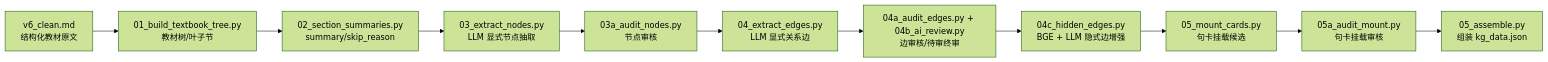
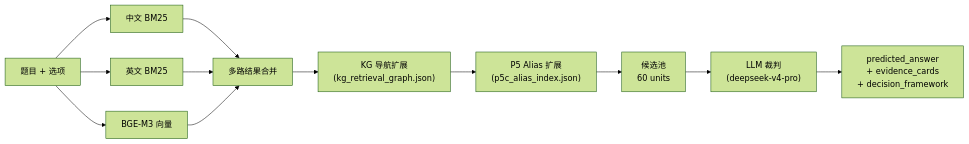
The third of 4 diagrams in 技术路线总图.md (zk631315411-oss/cams), drawn with Mermaid (forest theme) before and after one commit. The commit also changed other lines of this file, not shown here.

First line of the commit message:
docs: 技术路线总图 v6 → v7 全面更新

````diff
--- a/技术路线总图.md
+++ b/技术路线总图.md
@@ -367,13 +134,14 @@
 ```mermaid
 flowchart LR
-  A["v6_clean.md\n结构化教材原文"] --> B["01_build_textbook_tree.py\n教材树/叶子节"]
-  B --> C["02_section_summaries.py\nsummary/skip_reason"]
-  C --> D["03_extract_nodes.py\nLLM 显式节点抽取"]
-  D --> E["03a_audit_nodes.py\n节点审核"]
-  E --> F["04_extract_edges.py\nLLM 显式关系边"]
-  F --> G["04a_audit_edges.py + 04b_ai_review.py\n边审核/待审终审"]
-  G --> H["04c_hidden_edges.py\nBGE + LLM 隐式边增强"]
-  H --> I["05_mount_cards.py\n句卡挂载候选"]
-  I --> J["05a_audit_mount.py\n句卡挂载审核"]
-  J --> K["05_assemble.py\n组装 kg_data.json"]
+  A["题目 + 选项"] --> B["中文 BM25"]
+  A --> C["英文 BM25"]
+  A --> D["BGE-M3 向量"]
+  B --> E["多路结果合并"]
+  C --> E
+  D --> E
+  E --> F["KG 导航扩展\n(kg_retrieval_graph.json)"]
+  F --> G["P5 Alias 扩展\n(p5c_alias_index.json)"]
+  G --> H["候选池\n60 units"]
+  H --> I["LLM 裁判\n(deepseek-v4-pro)"]
+  I --> J["predicted_answer\n+ evidence_cards\n+ decision_framework"]
 ```
````
